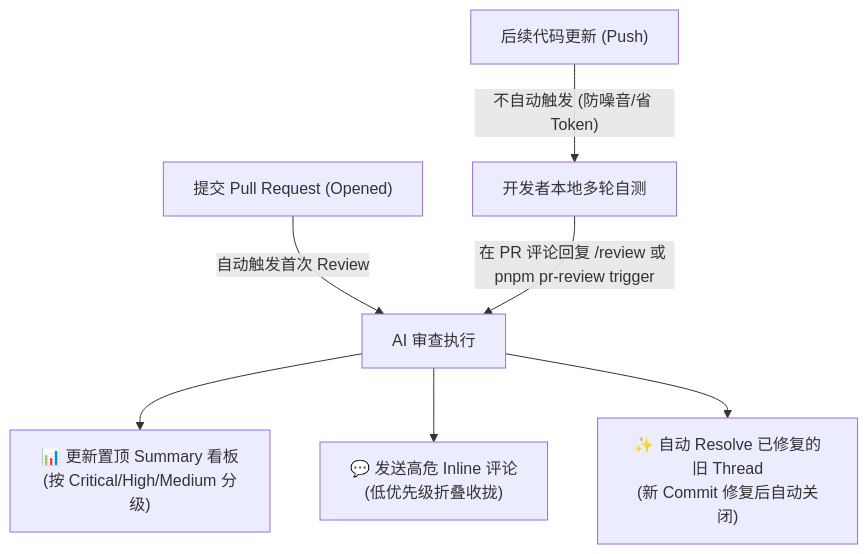
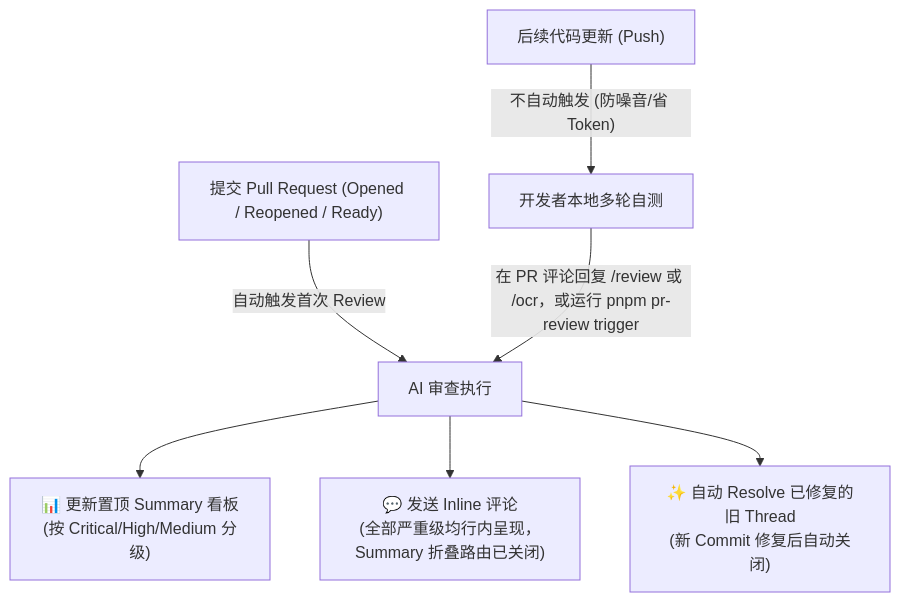
Before and after one commit to BanShan-Alec/electron-react-monorepo-template: the first of 2 diagrams in packages/pr-review/README.md, drawn with Mermaid. The commit also changed other lines of this file and 51 other files, not shown here.

````diff
--- a/packages/pr-review/README.md
+++ b/packages/pr-review/README.md
@@ -27,9 +27,9 @@
 ```mermaid
 flowchart TD
-    A["提交 Pull Request (Opened)"] -->|"自动触发首次 Review"| B["AI 审查执行"]
+    A["提交 Pull Request (Opened / Reopened / Ready)"] -->|"自动触发首次 Review"| B["AI 审查执行"]
     C["后续代码更新 (Push)"] -->|"不自动触发 (防噪音/省 Token)"| D["开发者本地多轮自测"]
-    D -->|"在 PR 评论回复 /review 或 pnpm pr-review trigger"| B
+    D -->|"在 PR 评论回复 /review 或 /ocr，或运行 pnpm pr-review trigger"| B
     B --> E["📊 更新置顶 Summary 看板<br/>(按 Critical/High/Medium 分级)"]
-    B --> F["💬 发送高危 Inline 评论<br/>(低优先级折叠收拢)"]
+    B --> F["💬 发送 Inline 评论<br/>(全部严重级均行内呈现，Summary 折叠路由已关闭)"]
     B --> G["✨ 自动 Resolve 已修复的旧 Thread<br/>(新 Commit 修复后自动关闭)"]
 ```
````
